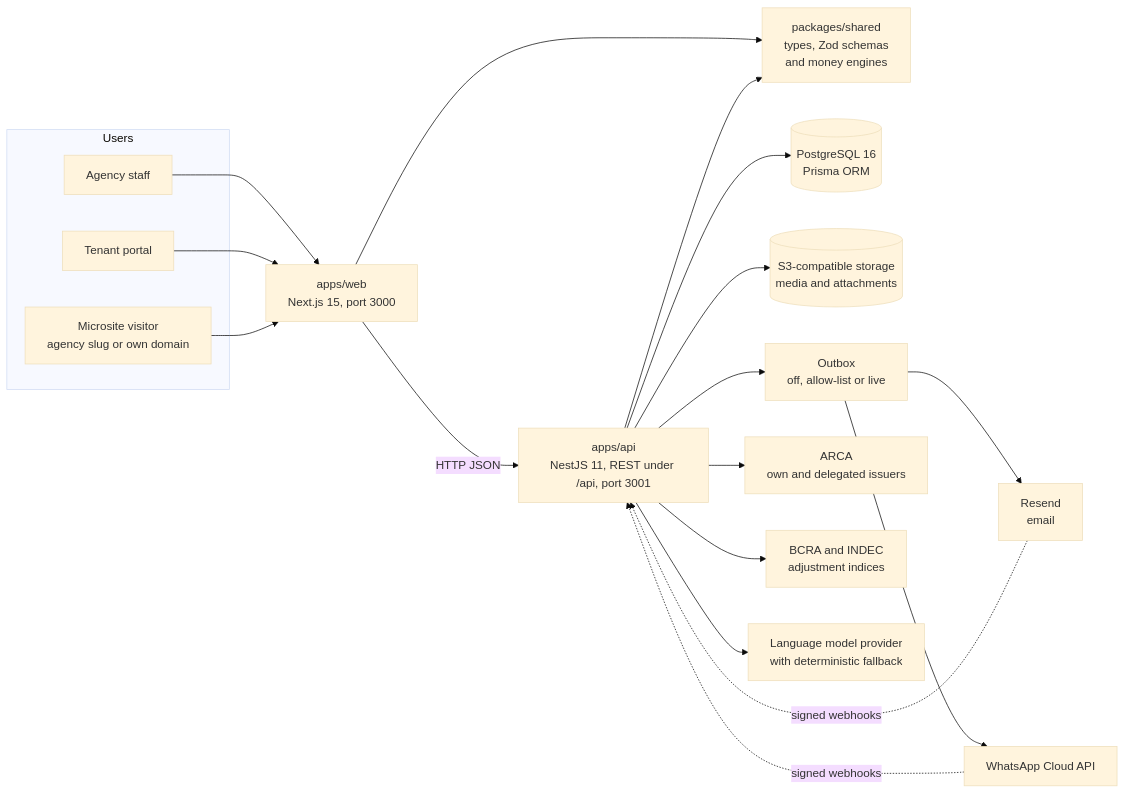
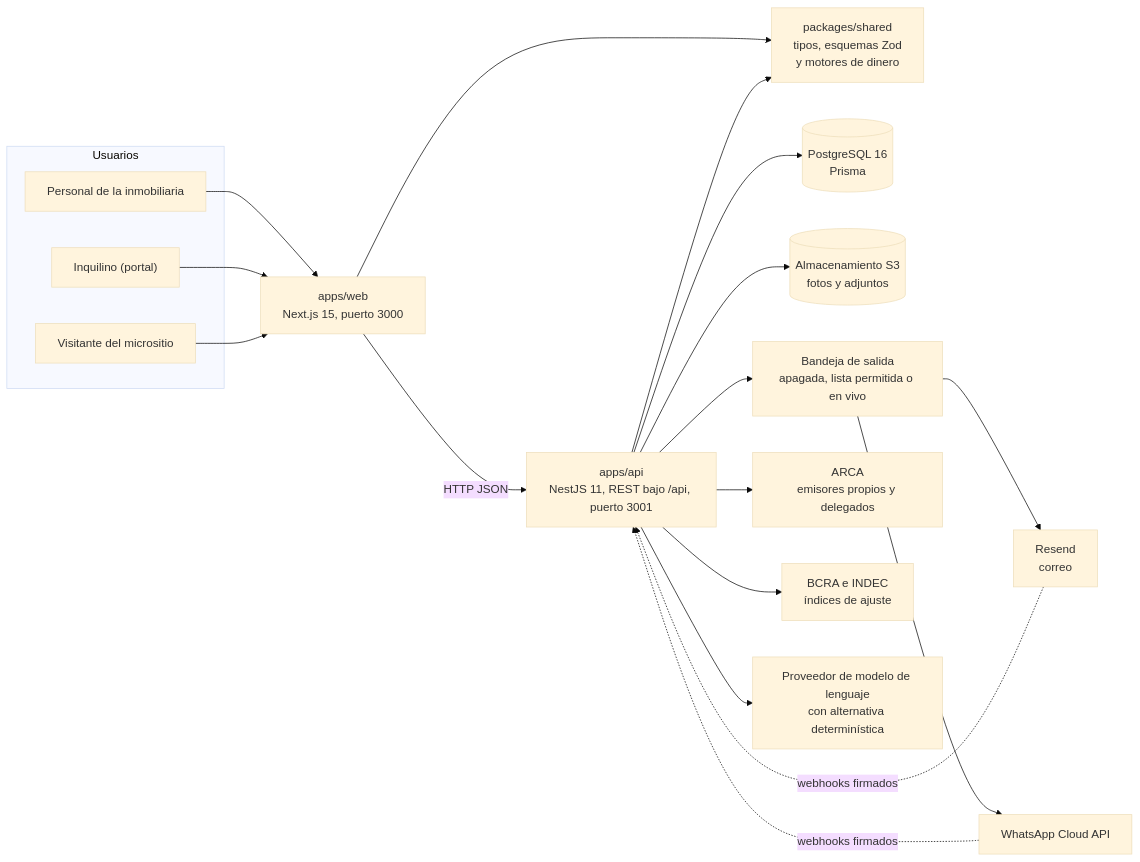
One commit to RomeV16/Proyecto-Final---Realfy changed the diagram in README.md. Above: the diagram before and after it, drawn with Mermaid (base theme). The commit also changed other lines of this file, not shown here.

````diff
--- a/README.md
+++ b/README.md
@@ -66,24 +100,24 @@
 ```mermaid
 flowchart LR
-    subgraph users["Users"]
-        staff["Agency staff"]
-        tenant["Tenant portal"]
-        visitor["Microsite visitor<br/>agency slug or own domain"]
+    subgraph users["Usuarios"]
+        staff["Personal de la inmobiliaria"]
+        tenant["Inquilino (portal)"]
+        visitor["Visitante del micrositio"]
     end
     staff --> web
     tenant --> web
     visitor --> web
-    web["apps/web<br/>Next.js 15, port 3000"] -- "HTTP JSON" --> api["apps/api<br/>NestJS 11, REST under /api, port 3001"]
-    web --> shared["packages/shared<br/>types, Zod schemas<br/>and money engines"]
+    web["apps/web<br/>Next.js 15, puerto 3000"] -- "HTTP JSON" --> api["apps/api<br/>NestJS 11, REST bajo /api, puerto 3001"]
+    web --> shared["packages/shared<br/>tipos, esquemas Zod<br/>y motores de dinero"]
     api --> shared
-    api --> db[("PostgreSQL 16<br/>Prisma ORM")]
-    api --> s3[("S3-compatible storage<br/>media and attachments")]
-    api --> outbox["Outbox<br/>off, allow-list or live"]
-    outbox --> resend["Resend<br/>email"]
+    api --> db[("PostgreSQL 16<br/>Prisma")]
+    api --> s3[("Almacenamiento S3<br/>fotos y adjuntos")]
+    api --> outbox["Bandeja de salida<br/>apagada, lista permitida o en vivo"]
+    outbox --> resend["Resend<br/>correo"]
     outbox --> wa["WhatsApp Cloud API"]
-    resend -.->|signed webhooks| api
-    wa -.->|signed webhooks| api
-    api --> arca["ARCA<br/>own and delegated issuers"]
-    api --> idx["BCRA and INDEC<br/>adjustment indices"]
-    api --> llm["Language model provider<br/>with deterministic fallback"]
+    resend -.->|webhooks firmados| api
+    wa -.->|webhooks firmados| api
+    api --> arca["ARCA<br/>emisores propios y delegados"]
+    api --> idx["BCRA e INDEC<br/>índices de ajuste"]
+    api --> llm["Proveedor de modelo de lenguaje<br/>con alternativa determinística"]
 ```
````
